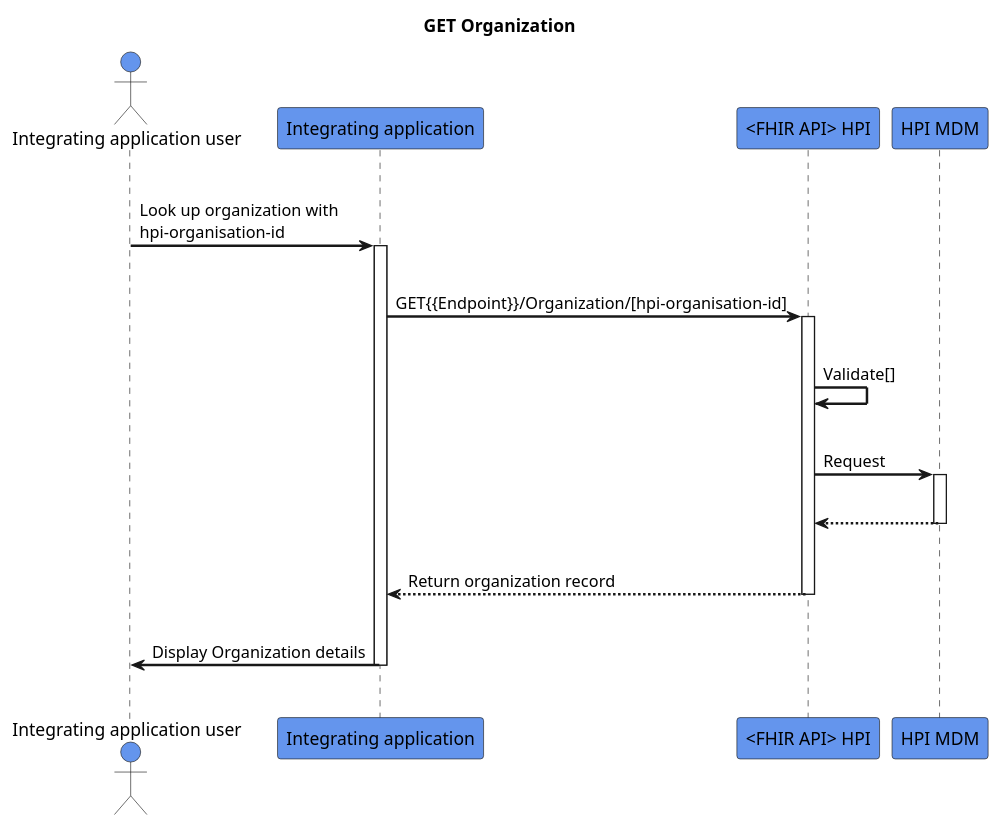
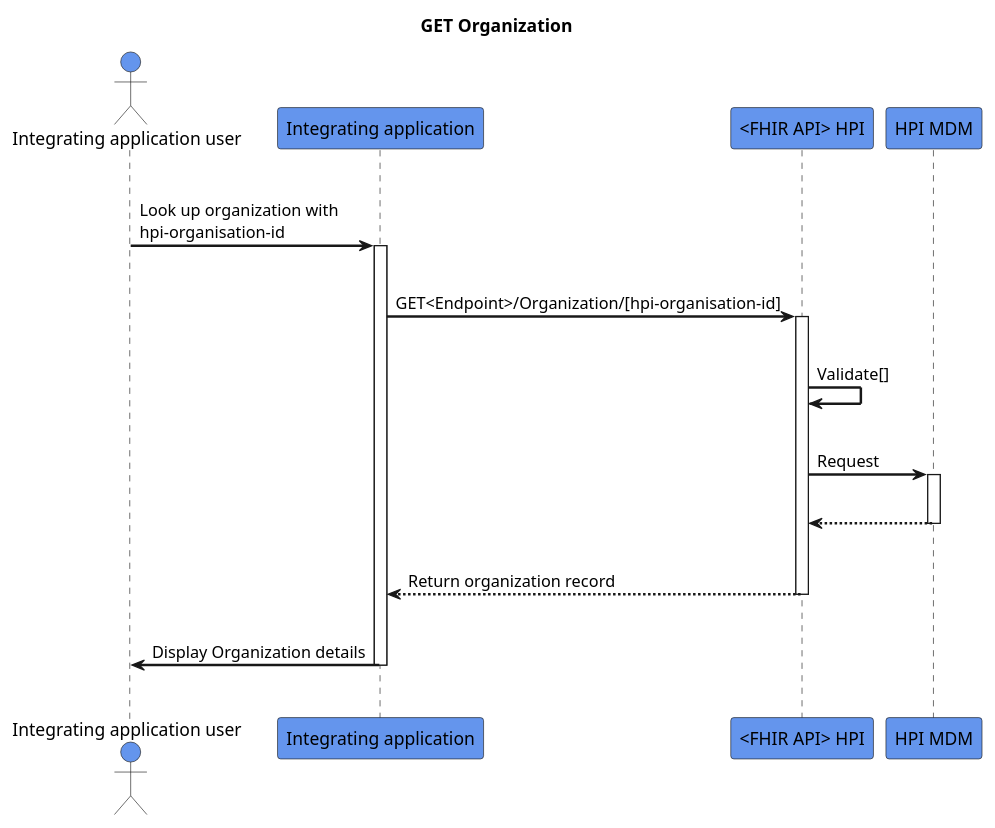
Before and after one commit to HL7NZ/hpi: the diagram in input/images-source/get-organization.plantuml, drawn with PlantUML.

```diff
--- a/input/images-source/get-organization.plantuml
+++ b/input/images-source/get-organization.plantuml
@@ -1,32 +1,32 @@
 @startuml
 skinparam sequenceArrowThickness 2
 skinparam roundcorner 5
 skinparam maxmessagesize 180
 skinparam sequenceParticipant bold
 title GET Organization
 actor "Integrating application user" as User #CornflowerBlue
 participant "Integrating application" as A #CornflowerBlue
 participant "<FHIR API> HPI" as B #CornflowerBlue
 participant "HPI MDM" as C #CornflowerBlue
 |||
 User -> A: Look up organization with hpi-organisation-id
 activate A
 |||
-A -> B: GET{{Endpoint}}/Organization/[hpi-organisation-id]
+A -> B: GET<Endpoint>/Organization/[hpi-organisation-id]
 activate B
 |||
 B -> B: Validate[]
 |||
 B -> C: Request
 activate C
 |||
 C -[dashed]-> B:  
 deactivate C
 |||
 B -[dashed]-> A:Return organization record
 deactivate B
 |||
 A -> User:Display Organization details 
 deactivate A
 |||
 @enduml
```
